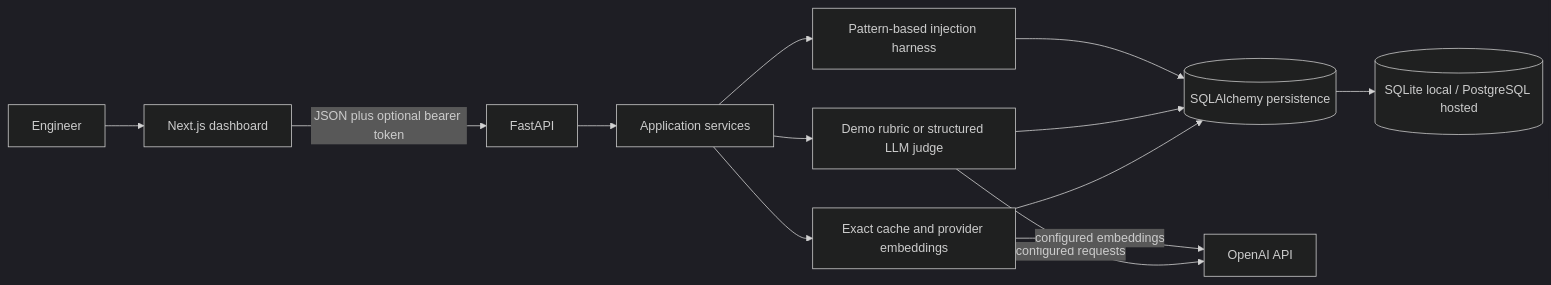
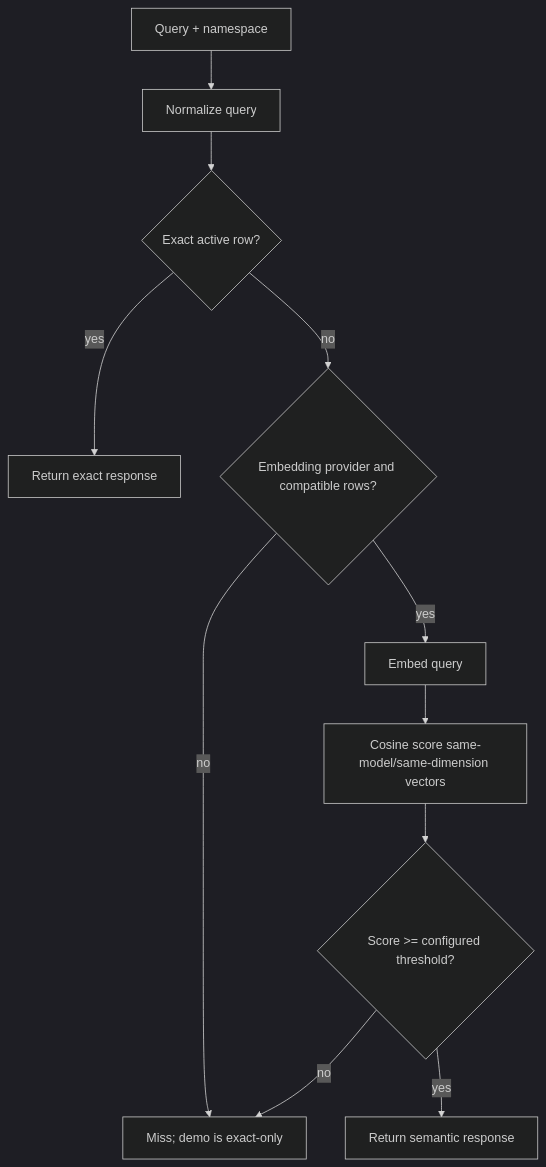
One commit to Zasim1074/llm-reliability-lab changed the second of 3 diagrams in docs/architecture.md. Above: the diagram before and after it, drawn with Mermaid (dark theme). The commit also changed other lines of this file and 20 other files, not shown here.

````diff
--- a/docs/architecture.md
+++ b/docs/architecture.md
@@ -5,15 +53,13 @@
 ```mermaid
-flowchart LR
-  U[Engineer] --> W[Next.js dashboard]
-  W -->|JSON plus optional bearer token| A[FastAPI]
-  A --> S[Application services]
-  S --> C[Exact cache and provider embeddings]
-  S --> J[Demo rubric or structured LLM judge]
-  S --> R[Pattern-based injection harness]
-  C --> D[(SQLAlchemy persistence)]
-  J --> D
-  R --> D
-  D --> DB[(SQLite local / PostgreSQL hosted)]
-  J -->|configured requests| P[OpenAI API]
-  C -->|configured embeddings| P
+flowchart TD
+  Q[Query + namespace] --> N[Normalize query]
+  N --> X{Exact active row?}
+  X -- yes --> H[Return exact response]
+  X -- no --> E{Embedding provider and compatible rows?}
+  E -- no --> M[Miss; demo is exact-only]
+  E -- yes --> V[Embed query]
+  V --> C[Cosine score same-model/same-dimension vectors]
+  C --> T{Score >= configured threshold?}
+  T -- yes --> S[Return semantic response]
+  T -- no --> M
 ```
````
